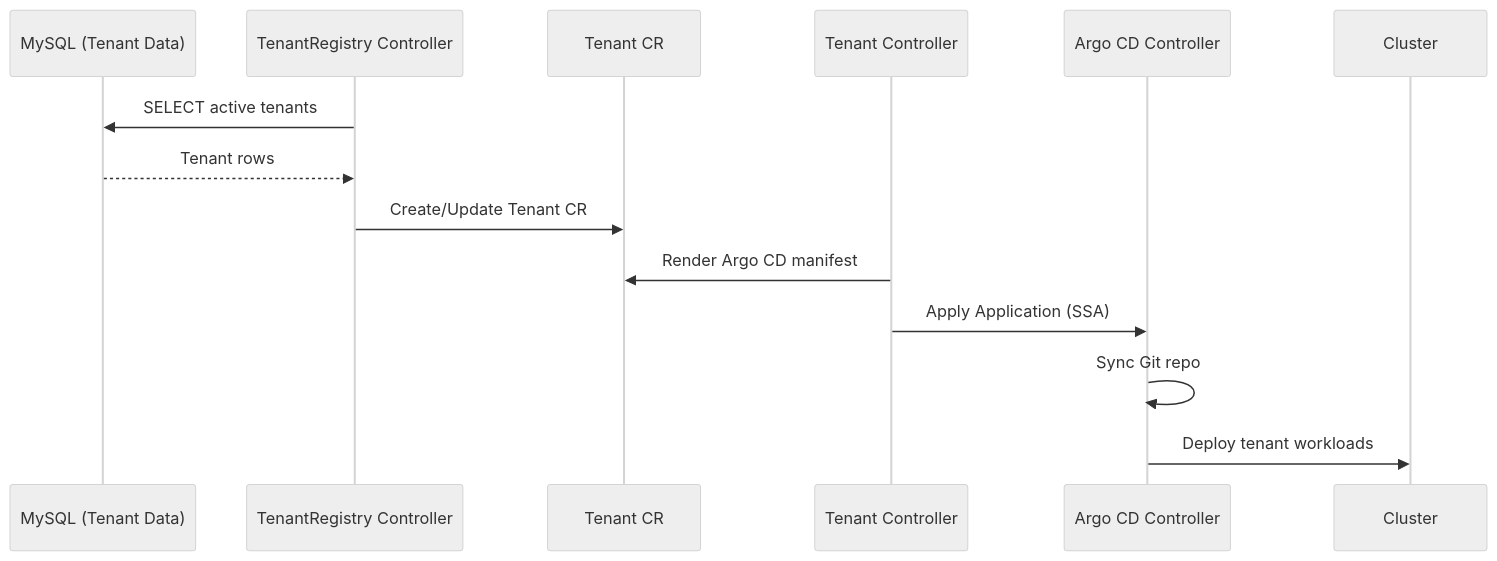
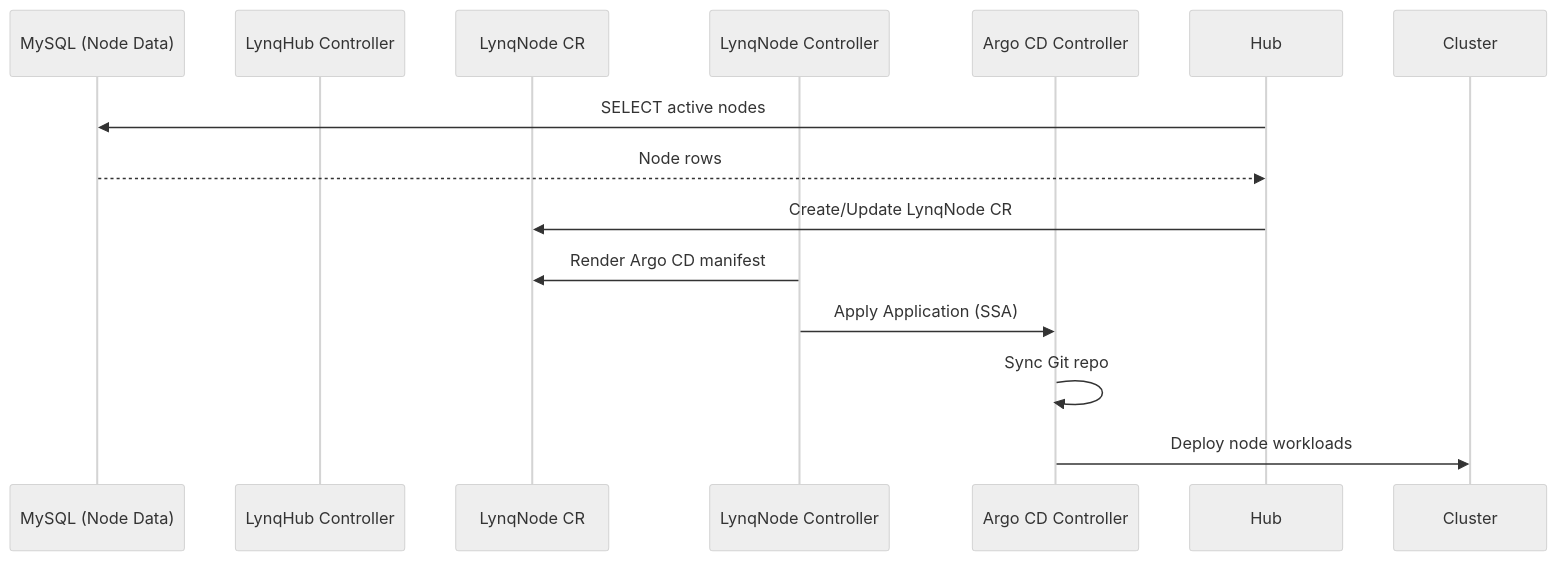
The second of 3 diagrams in docs/integration-argocd.md (kubernetes-tenants/tenant-operator), drawn with Mermaid (neutral theme) before and after one commit. The commit also changed other lines of this file and 203 other files, not shown here.

First line of the commit message:
feat!: Complete terminology migration from tenant-operator to Lynq

````diff
--- a/docs/integration-argocd.md
+++ b/docs/integration-argocd.md
@@ -87,16 +87,16 @@
 ```mermaid
 sequenceDiagram
-    participant DB as MySQL (Tenant Data)
-    participant Registry as TenantRegistry Controller
-    participant Tenant as Tenant CR
-    participant Operator as Tenant Controller
+    participant DB as MySQL (Node Data)
+    participant Registry as LynqHub Controller
+    participant Node as LynqNode CR
+    participant Operator as LynqNode Controller
     participant Argo as Argo CD Controller
 
-    Registry->>DB: SELECT active tenants
-    DB-->>Registry: Tenant rows
-    Registry->>Tenant: Create/Update Tenant CR
-    Operator->>Tenant: Render Argo CD manifest
+    Hub->>DB: SELECT active nodes
+    DB-->>Hub: Node rows
+    Hub->>Node: Create/Update LynqNode CR
+    Operator->>Node: Render Argo CD manifest
     Operator->>Argo: Apply Application (SSA)
     Argo->>Argo: Sync Git repo
-    Argo->>Cluster: Deploy tenant workloads
+    Argo->>Cluster: Deploy node workloads
 ```
````
